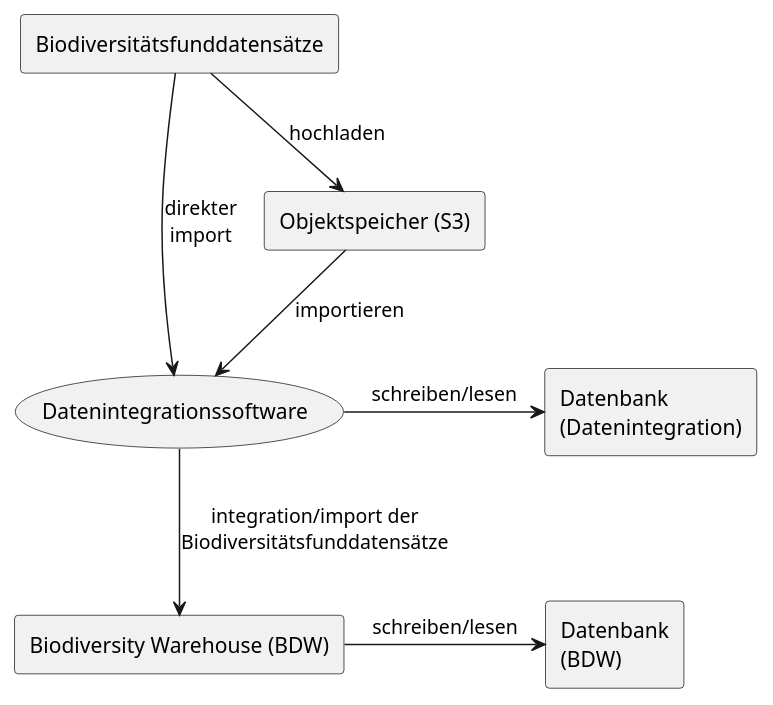
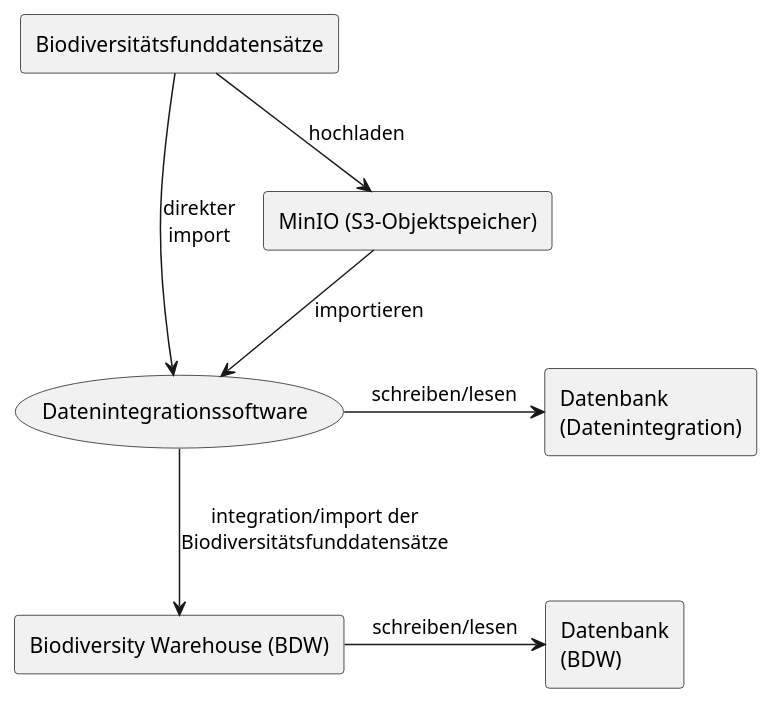
One commit to TuncerCatalkaya/data-integration changed the diagram in data-integration-documentation/src/main/images/usecases/targetSystem.puml. Above: the diagram before and after it, drawn with PlantUML. The commit also changed 70 other files, not shown here.

Commit message:
diagrams

```diff
--- a/data-integration-documentation/src/main/images/usecases/targetSystem.puml
+++ b/data-integration-documentation/src/main/images/usecases/targetSystem.puml
@@ -1,21 +1,21 @@
 @startuml
 
 rectangle Biodiversitätsfunddatensätze as biodiversitätsfunddatensätze
 
 usecase Datenintegrationssoftware as datenIntegration
 rectangle "Datenbank\n(Datenintegration)" as datenIntegrationDatenbank
-rectangle "Objektspeicher (S3)" as s3
+rectangle "MinIO (S3-Objektspeicher)" as s3
 
 rectangle "Biodiversity Warehouse (BDW)" as bdw
 rectangle "Datenbank\n(BDW)" as bdwDatenbank
 
 biodiversitätsfunddatensätze --> datenIntegration: direkter\nimport
 
 datenIntegration -> datenIntegrationDatenbank: schreiben/lesen
 biodiversitätsfunddatensätze --> s3: hochladen
 s3 --> datenIntegration: importieren
 datenIntegration --> bdw: integration/import der\nBiodiversitätsfunddatensätze
 
 bdw -> bdwDatenbank: schreiben/lesen
 
 @enduml
```
